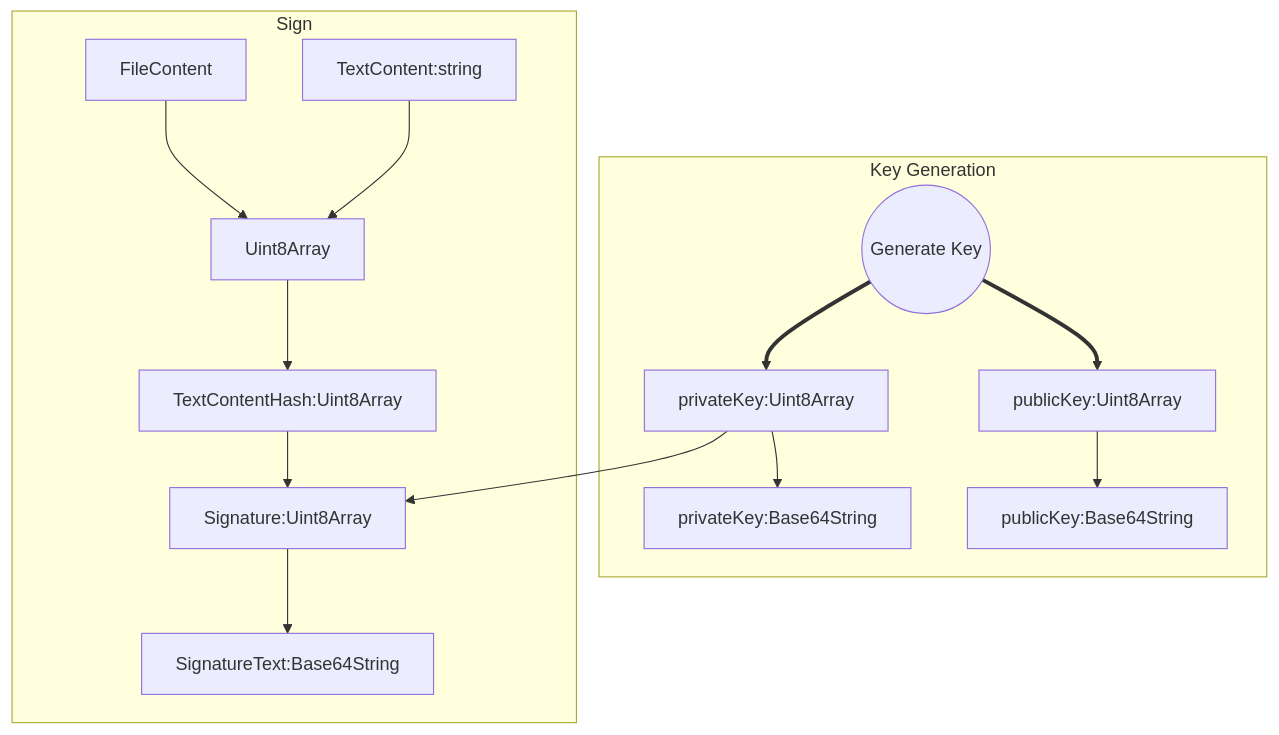
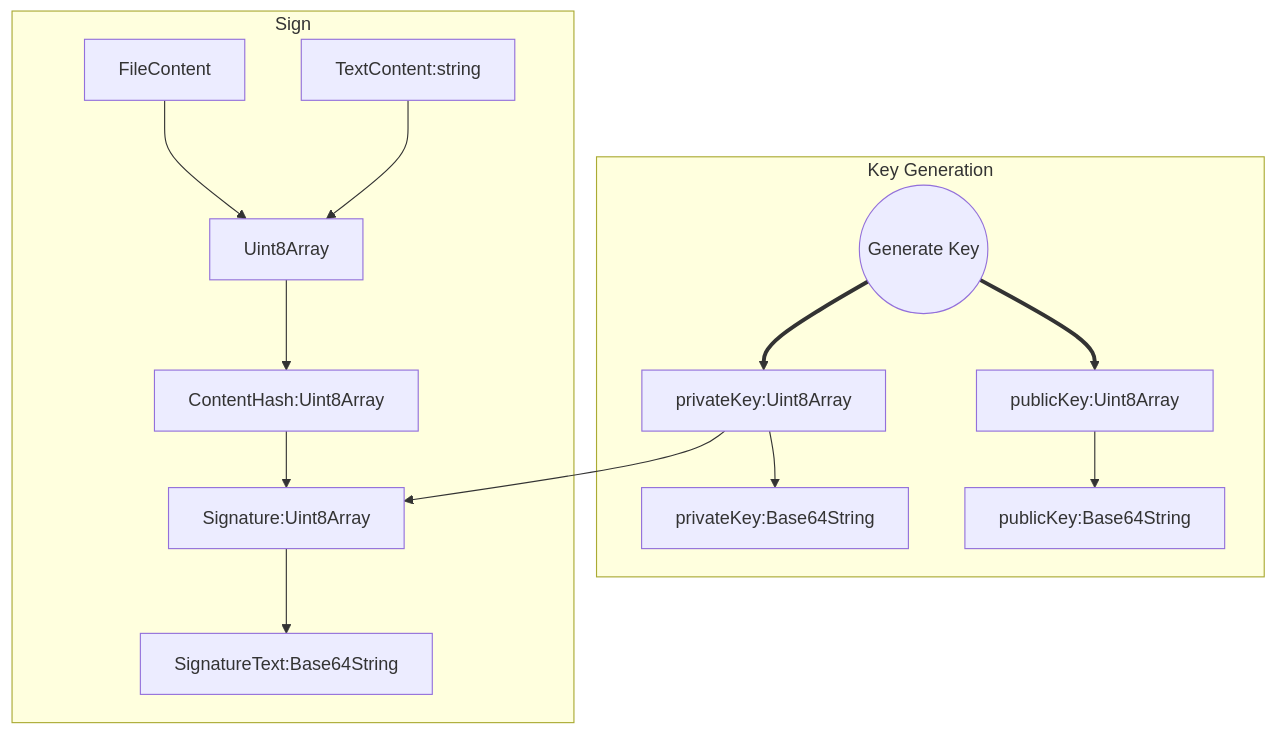
One commit to kucukkanat/heimdall changed the first of 2 diagrams in Readme.md. Above: the diagram before and after it, drawn with Mermaid.

Commit message:
update diagram

````diff
--- a/Readme.md
+++ b/Readme.md
@@ -7,20 +7,20 @@
 ```mermaid
 graph TD;
     %% Definitions
 
     subgraph "Key Generation"
     generate(("Generate Key")) ==> privateKey:Uint8Array
     generate ==> publicKey:Uint8Array
     privateKey:Uint8Array --> privateKey:Base64String
     publicKey:Uint8Array --> publicKey:Base64String
     end
 
     subgraph "Sign"
     FileContent --> Uint8Array
     TextContent:string --> Uint8Array
-    Uint8Array --> TextContentHash:Uint8Array
+    Uint8Array --> ContentHash:Uint8Array
     privateKey:Uint8Array --> Signature:Uint8Array
-    TextContentHash:Uint8Array --> Signature:Uint8Array
+    ContentHash:Uint8Array --> Signature:Uint8Array
     Signature:Uint8Array --> SignatureText:Base64String
     end
 ```
````
